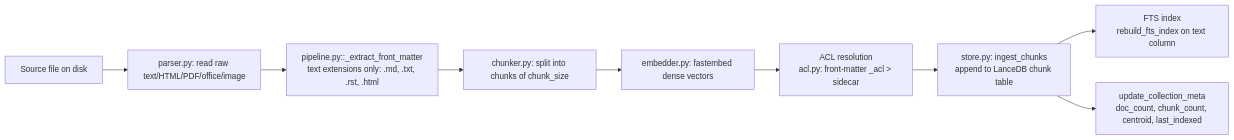
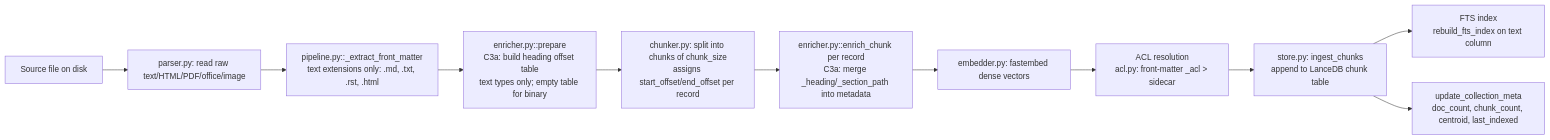
Before and after one commit to user538295/archon-search: the second of 2 diagrams in Documentation/Architecture/130_data_architecture_and_persistence.md, drawn with Mermaid. The commit also changed other lines of this file and 4 other files, not shown here.

````diff
--- a/Documentation/Architecture/130_data_architecture_and_persistence.md
+++ b/Documentation/Architecture/130_data_architecture_and_persistence.md
@@ -209,11 +209,13 @@
 ```mermaid
 flowchart LR
     A[Source file on disk] --> B[parser.py: read raw text/HTML/PDF/office/image]
     B --> B2[pipeline.py::_extract_front_matter<br/>text extensions only: .md, .txt, .rst, .html]
-    B2 --> C[chunker.py: split into chunks of chunk_size]
-    C --> D[embedder.py: fastembed dense vectors]
+    B2 --> B3[enricher.py::prepare<br/>C3a: build heading offset table<br/>text types only; empty table for binary]
+    B3 --> C[chunker.py: split into chunks of chunk_size<br/>assigns start_offset/end_offset per record]
+    C --> C2[enricher.py::enrich_chunk per record<br/>C3a: merge _heading/_section_path into metadata]
+    C2 --> D[embedder.py: fastembed dense vectors]
     D --> E[ACL resolution<br/>acl.py: front-matter _acl > sidecar]
     E --> F[store.py: ingest_chunks<br/>append to LanceDB chunk table]
     F --> G[FTS index<br/>rebuild_fts_index on text column]
     F --> H[update_collection_meta<br/>doc_count, chunk_count, centroid, last_indexed]
 ```
````
